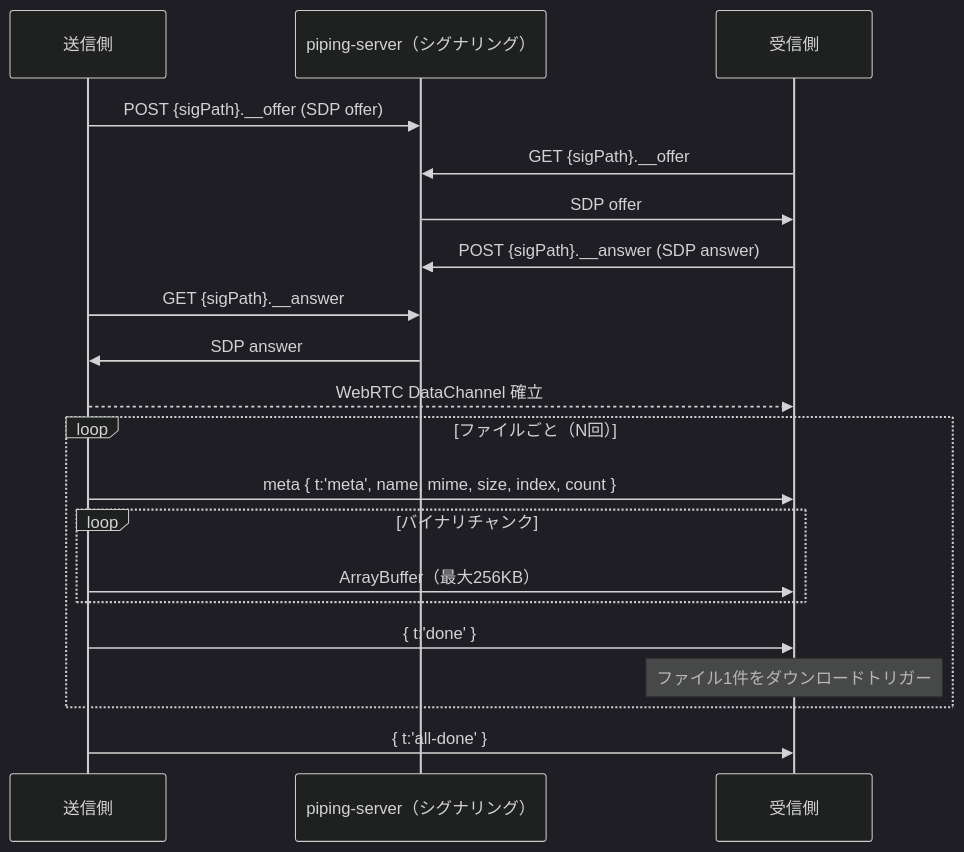
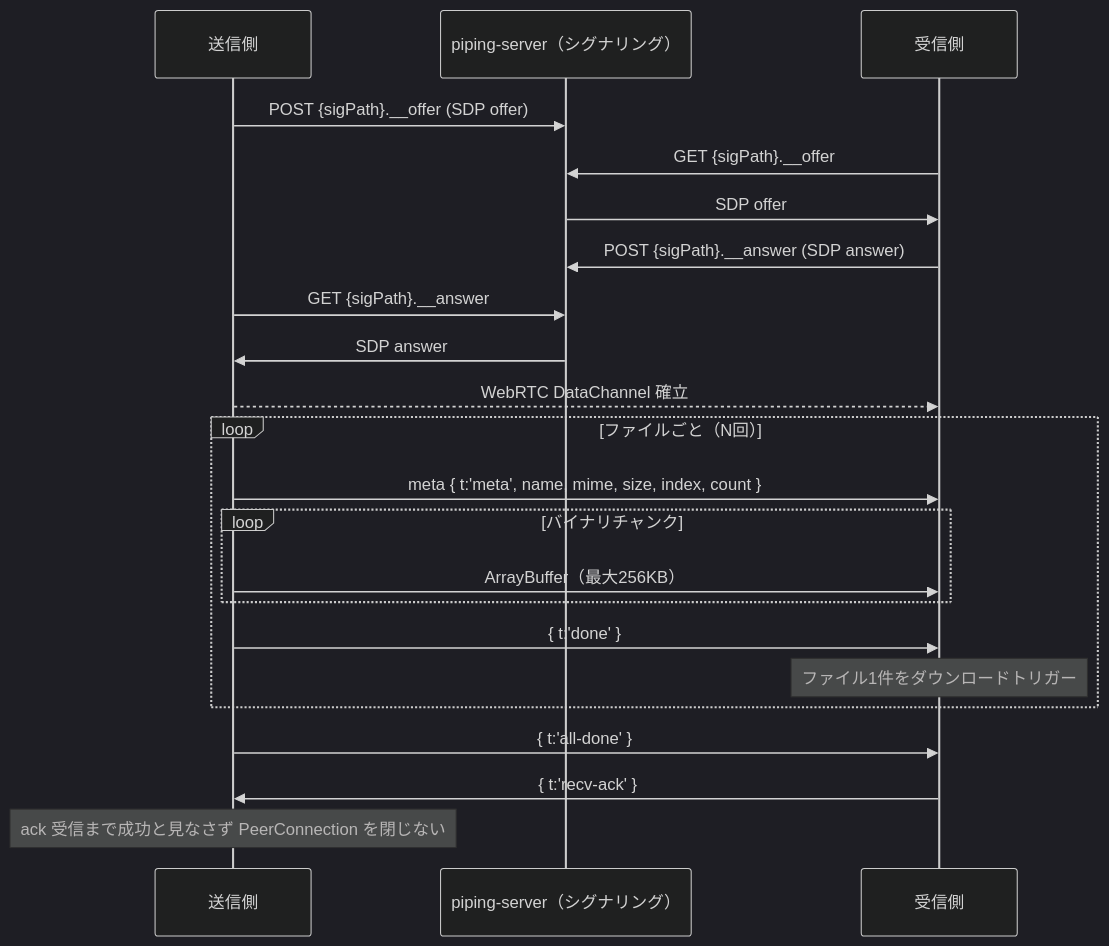
Before and after one commit to afjk/afjk.jp: the sixth of 10 diagrams in docs/pipe-spec.md, drawn with Mermaid (dark theme). The commit also changed other lines of this file and 1 other file, not shown here.

````diff
--- a/docs/pipe-spec.md
+++ b/docs/pipe-spec.md
@@ -249,24 +249,26 @@
 ```mermaid
 sequenceDiagram
     participant A as 送信側
     participant P as piping-server（シグナリング）
     participant B as 受信側
 
     A->>P: POST {sigPath}.__offer (SDP offer)
     B->>P: GET {sigPath}.__offer
     P->>B: SDP offer
     B->>P: POST {sigPath}.__answer (SDP answer)
     A->>P: GET {sigPath}.__answer
     P->>A: SDP answer
     A-->>B: WebRTC DataChannel 確立
 
     loop ファイルごと（N回）
         A->>B: meta { t:'meta', name, mime, size, index, count }
         loop バイナリチャンク
             A->>B: ArrayBuffer（最大256KB）
         end
         A->>B: { t:'done' }
         Note over B: ファイル1件をダウンロードトリガー
     end
     A->>B: { t:'all-done' }
+    B->>A: { t:'recv-ack' }
+    Note over A: ack 受信まで成功と見なさず PeerConnection を閉じない
 ```
````
